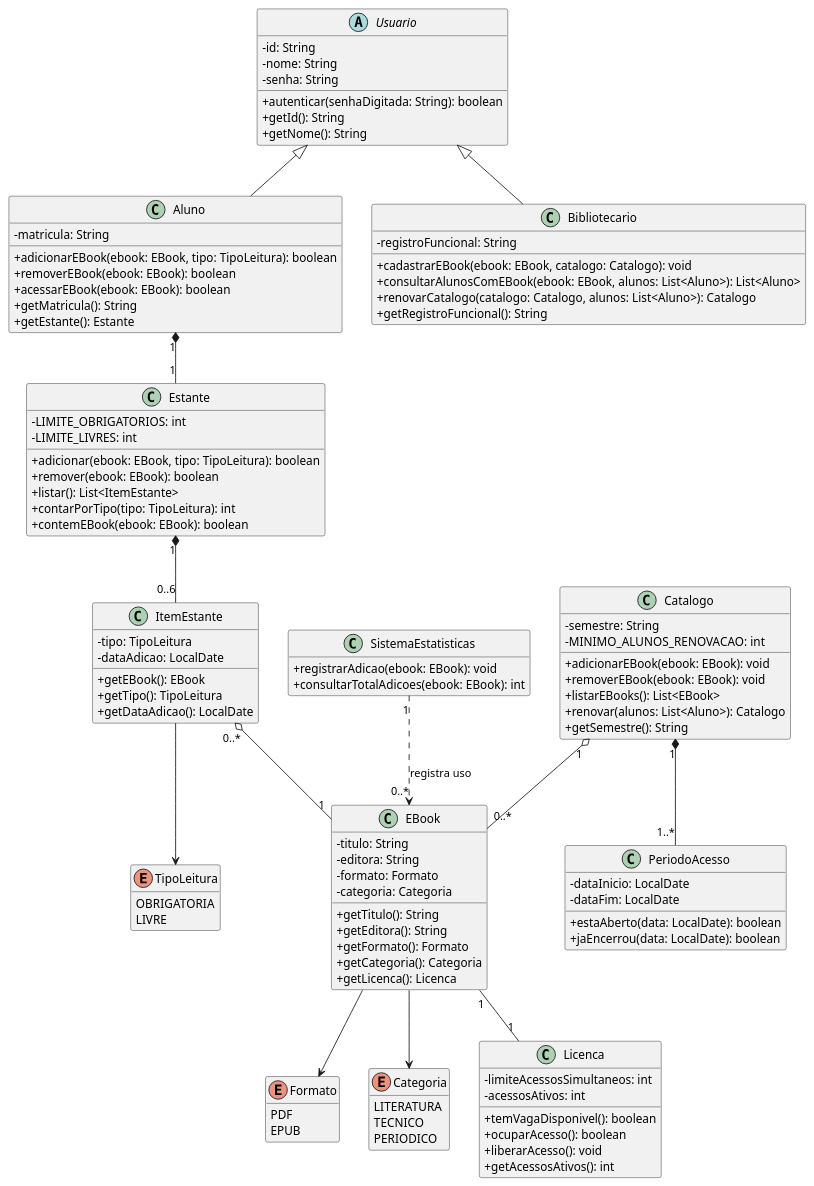
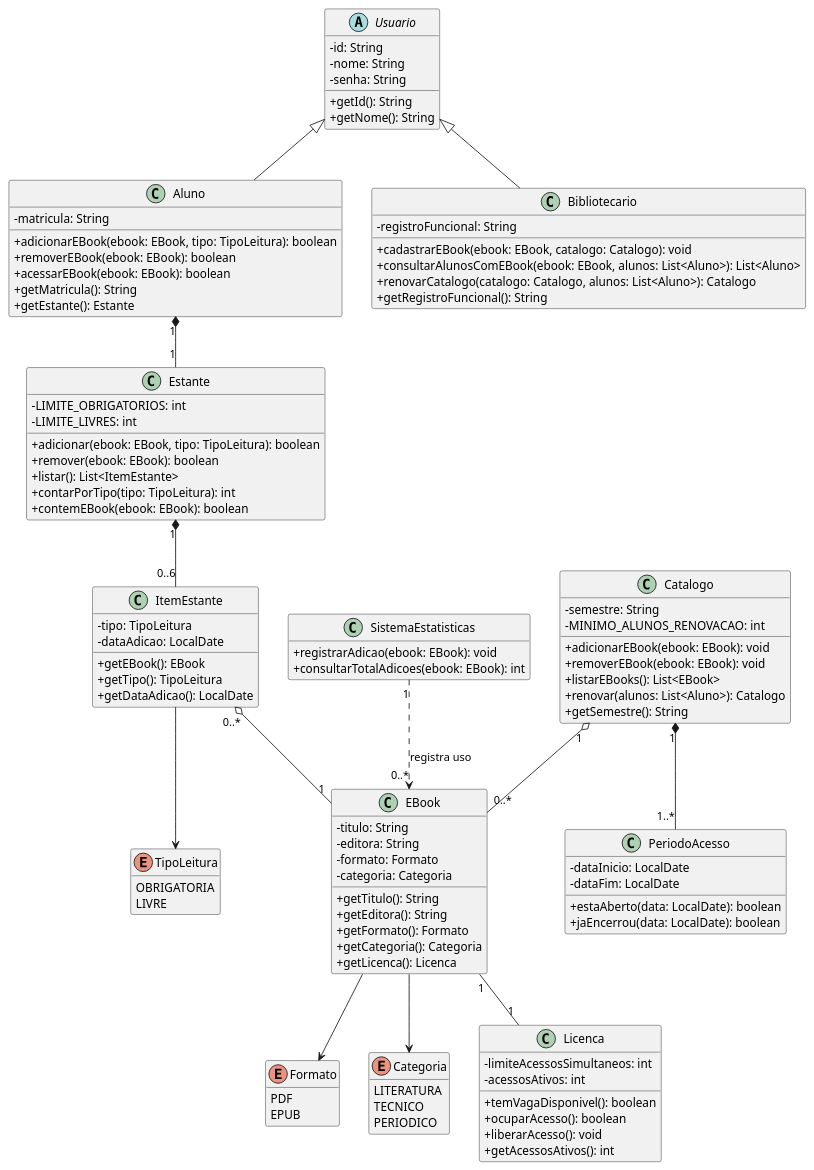
Before and after one commit to fillmello/lab01-ebooks-biblioteca: the diagram in docs/diagramas/diagrama-de-classes.puml, drawn with PlantUML. The commit also changed 3 other files, not shown here.

Commit message:
docs: remove metodo autenticar do diagrama de classes e do Usuario

```diff
--- a/docs/diagramas/diagrama-de-classes.puml
+++ b/docs/diagramas/diagrama-de-classes.puml
@@ -1,132 +1,131 @@
 @startuml diagrama_de_classes_ebooks
 skinparam classAttributeIconSize 0
 hide empty members
 
 ' ===== UC01 - Realizar login =====
 abstract class Usuario {
   -id: String
   -nome: String
   -senha: String
-  +autenticar(senhaDigitada: String): boolean
   +getId(): String
   +getNome(): String
 }
 
 class Aluno {
   -matricula: String
   +adicionarEBook(ebook: EBook, tipo: TipoLeitura): boolean
   +removerEBook(ebook: EBook): boolean
   +acessarEBook(ebook: EBook): boolean
   +getMatricula(): String
   +getEstante(): Estante
 }
 
 class Bibliotecario {
   -registroFuncional: String
   +cadastrarEBook(ebook: EBook, catalogo: Catalogo): void
   +consultarAlunosComEBook(ebook: EBook, alunos: List<Aluno>): List<Aluno>
   +renovarCatalogo(catalogo: Catalogo, alunos: List<Aluno>): Catalogo
   +getRegistroFuncional(): String
 }
 
 ' ===== UC02 e UC03 - Adicionar e remover eBook da estante =====
 class Estante {
   -LIMITE_OBRIGATORIOS: int
   -LIMITE_LIVRES: int
   +adicionar(ebook: EBook, tipo: TipoLeitura): boolean
   +remover(ebook: EBook): boolean
   +listar(): List<ItemEstante>
   +contarPorTipo(tipo: TipoLeitura): int
   +contemEBook(ebook: EBook): boolean
 }
 
 class ItemEstante {
   -tipo: TipoLeitura
   -dataAdicao: LocalDate
   +getEBook(): EBook
   +getTipo(): TipoLeitura
   +getDataAdicao(): LocalDate
 }
 
 enum TipoLeitura {
   OBRIGATORIA
   LIVRE
 }
 
 ' ===== UC05 - Cadastrar eBook =====
 class EBook {
   -titulo: String
   -editora: String
   -formato: Formato
   -categoria: Categoria
   +getTitulo(): String
   +getEditora(): String
   +getFormato(): Formato
   +getCategoria(): Categoria
   +getLicenca(): Licenca
 }
 
 enum Formato {
   PDF
   EPUB
 }
 
 enum Categoria {
   LITERATURA
   TECNICO
   PERIODICO
 }
 
 ' ===== UC04 - Acessar eBook =====
 class Licenca {
   -limiteAcessosSimultaneos: int
   -acessosAtivos: int
   +temVagaDisponivel(): boolean
   +ocuparAcesso(): boolean
   +liberarAcesso(): void
   +getAcessosAtivos(): int
 }
 
 ' ===== UC08 - Renovar catalogo do semestre =====
 class Catalogo {
   -semestre: String
   -MINIMO_ALUNOS_RENOVACAO: int
   +adicionarEBook(ebook: EBook): void
   +removerEBook(ebook: EBook): void
   +listarEBooks(): List<EBook>
   +renovar(alunos: List<Aluno>): Catalogo
   +getSemestre(): String
 }
 
 class PeriodoAcesso {
   -dataInicio: LocalDate
   -dataFim: LocalDate
   +estaAberto(data: LocalDate): boolean
   +jaEncerrou(data: LocalDate): boolean
 }
 
 ' ===== UC07 - Registrar estatistica de uso =====
 class SistemaEstatisticas {
   +registrarAdicao(ebook: EBook): void
   +consultarTotalAdicoes(ebook: EBook): int
 }
 
 ' ===== Relacionamentos =====
 Usuario <|-- Aluno
 Usuario <|-- Bibliotecario
 
 Aluno "1" *-- "1" Estante
 Estante "1" *-- "0..6" ItemEstante
 ItemEstante "0..*" o-- "1" EBook
 ItemEstante --> TipoLeitura
 
 EBook "1" -- "1" Licenca
 EBook --> Formato
 EBook --> Categoria
 
 Catalogo "1" o-- "0..*" EBook
 Catalogo "1" *-- "1..*" PeriodoAcesso
 
 SistemaEstatisticas "1" ..> "0..*" EBook : registra uso
 
 @enduml
```
